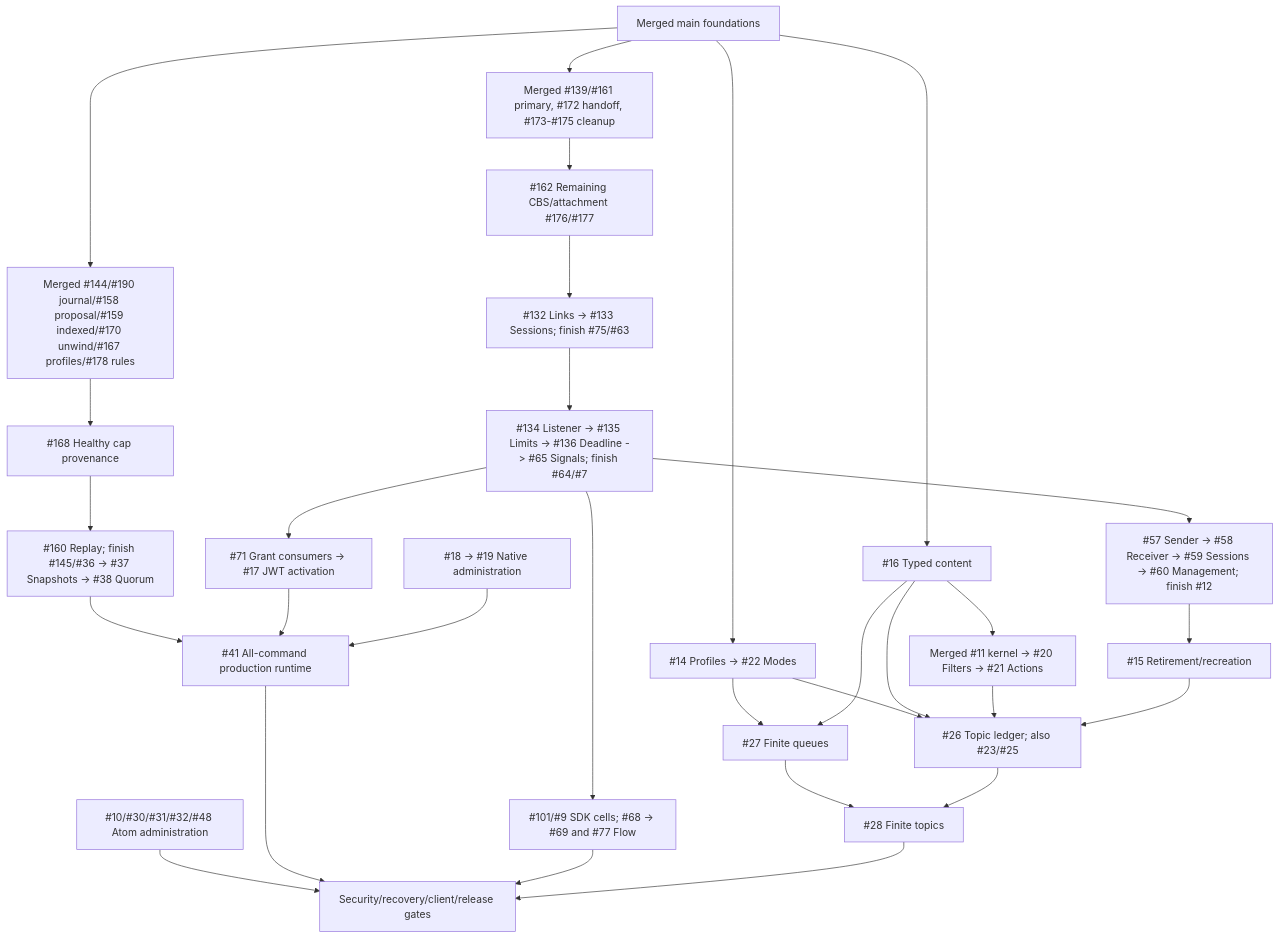
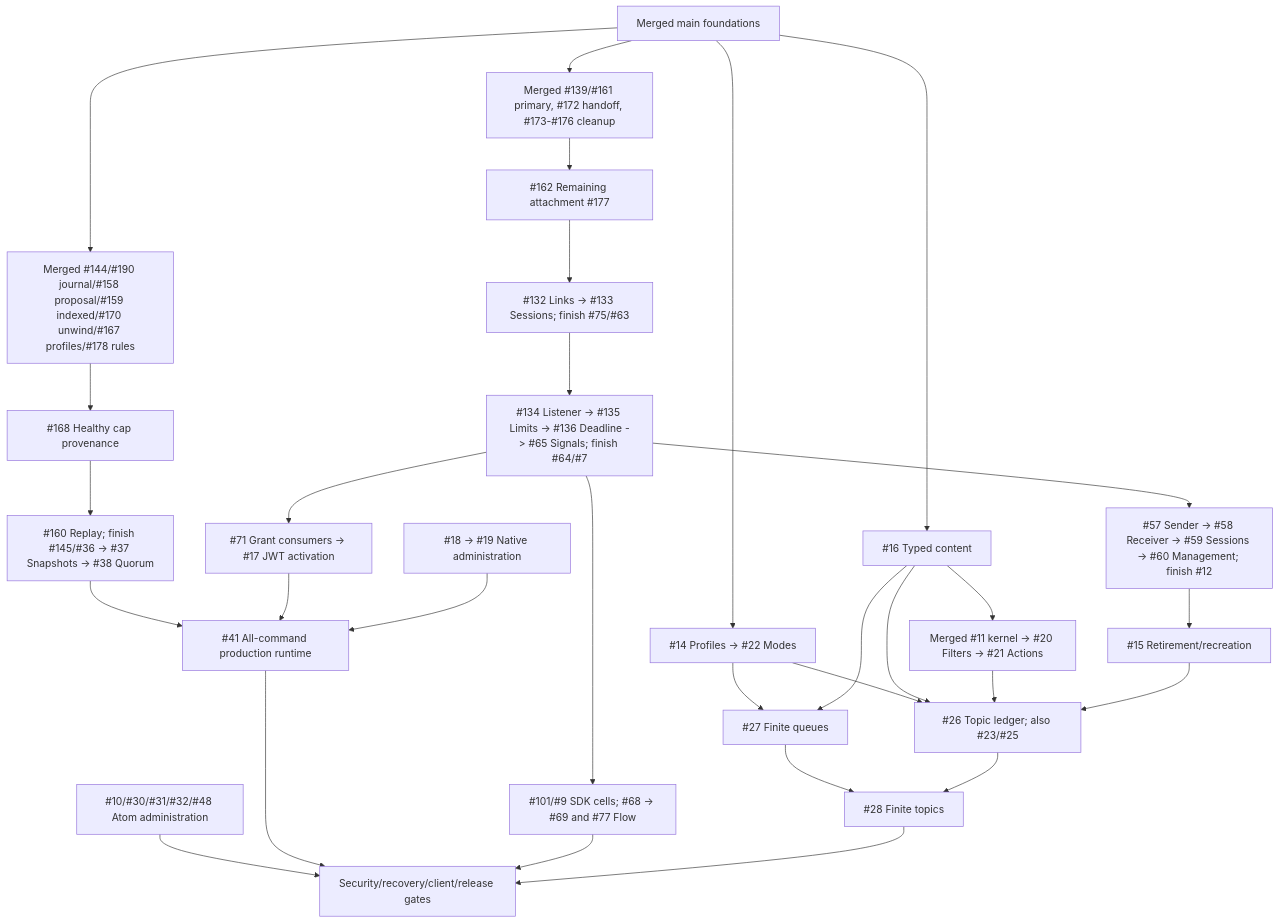
The diagram in docs/roadmap.md (DeandreT/switchyard), drawn with Mermaid before and after one commit. The commit also changed other lines of this file and 5 other files, not shown here.

Commit message:
fix(protocol-amqp): notify newly retained CBS cleanup faults

````diff
--- a/docs/roadmap.md
+++ b/docs/roadmap.md
@@ -53,32 +53,32 @@
 ```mermaid
 flowchart TD
-    Main["Merged main foundations"] --> Lifecycle["Merged #139/#161 primary, #172 handoff, #173-#175 cleanup"]
-    Lifecycle --> Cleanup["#162 Remaining CBS/attachment #176/#177"]
+    Main["Merged main foundations"] --> Lifecycle["Merged #139/#161 primary, #172 handoff, #173-#176 cleanup"]
+    Lifecycle --> Cleanup["#162 Remaining attachment #177"]
     Cleanup --> Families["#132 Links -> #133 Sessions; finish #75/#63"]
     Families --> Shutdown["#134 Listener -> #135 Limits -> #136 Deadline -> #65 Signals; finish #64/#7"]
     Shutdown --> Authority["#57 Sender -> #58 Receiver -> #59 Sessions -> #60 Management; finish #12"]
     Authority --> Delete["#15 Retirement/recreation"]
     Shutdown --> Grants["#71 Grant consumers -> #17 JWT activation"]
     Shutdown --> Clients["#101/#9 SDK cells; #68 -> #69 and #77 Flow"]
     Main --> Profiles["#14 Profiles -> #22 Modes"]
     Main --> Content["#16 Typed content"]
     Content --> Rules["Merged #11 kernel -> #20 Filters -> #21 Actions"]
     Profiles --> Queues["#27 Finite queues"]
     Content --> Queues
     Profiles --> Ledger["#26 Topic ledger; also #23/#25"]
     Content --> Ledger
     Rules --> Ledger
     Delete --> Ledger
     Queues --> Topics["#28 Finite topics"]
     Ledger --> Topics
     Main --> Durable["Merged #144/#190 journal/#158 proposal/#159 indexed/#170 unwind/#167 profiles/#178 rules"]
     Durable --> Integrity["#168 Healthy cap provenance"]
     Integrity --> Replay["#160 Replay; finish #145/#36 -> #37 Snapshots -> #38 Quorum"]
     Replay --> Runtime["#41 All-command production runtime"]
     Grants --> Runtime
     Native["#18 -> #19 Native administration"] --> Runtime
     Atom["#10/#30/#31/#32/#48 Atom administration"] --> Gates["Security/recovery/client/release gates"]
     Runtime --> Gates
     Clients --> Gates
     Topics --> Gates
 ```
````
